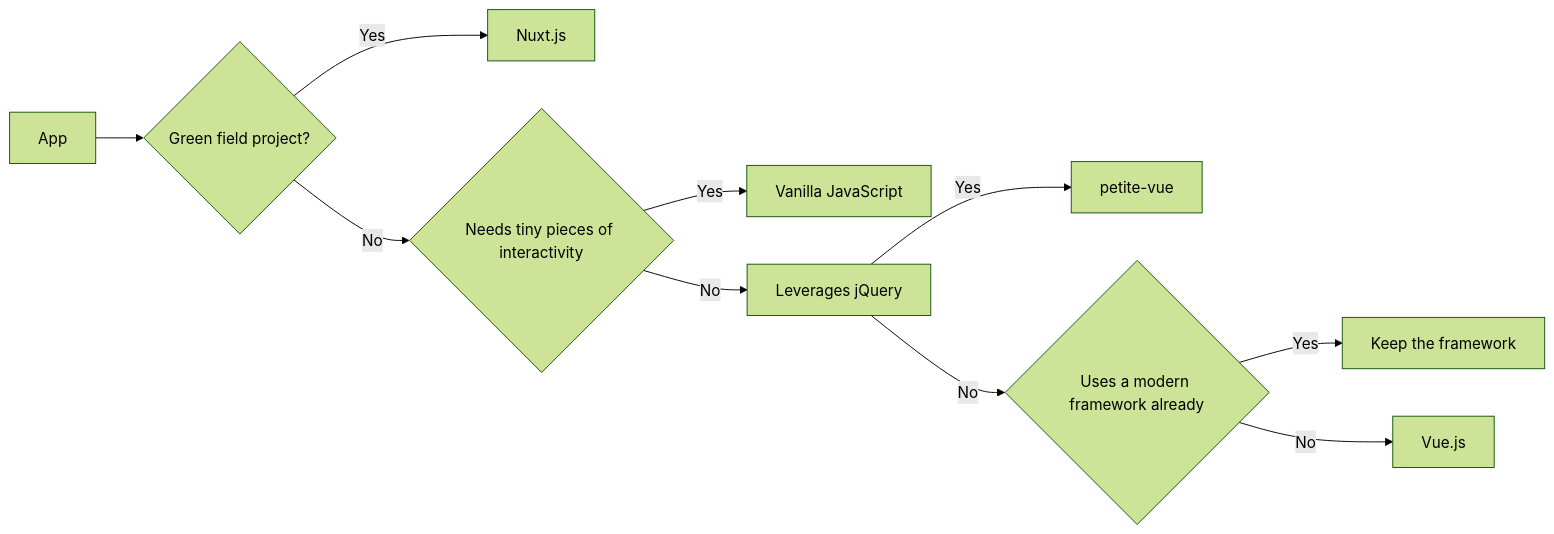
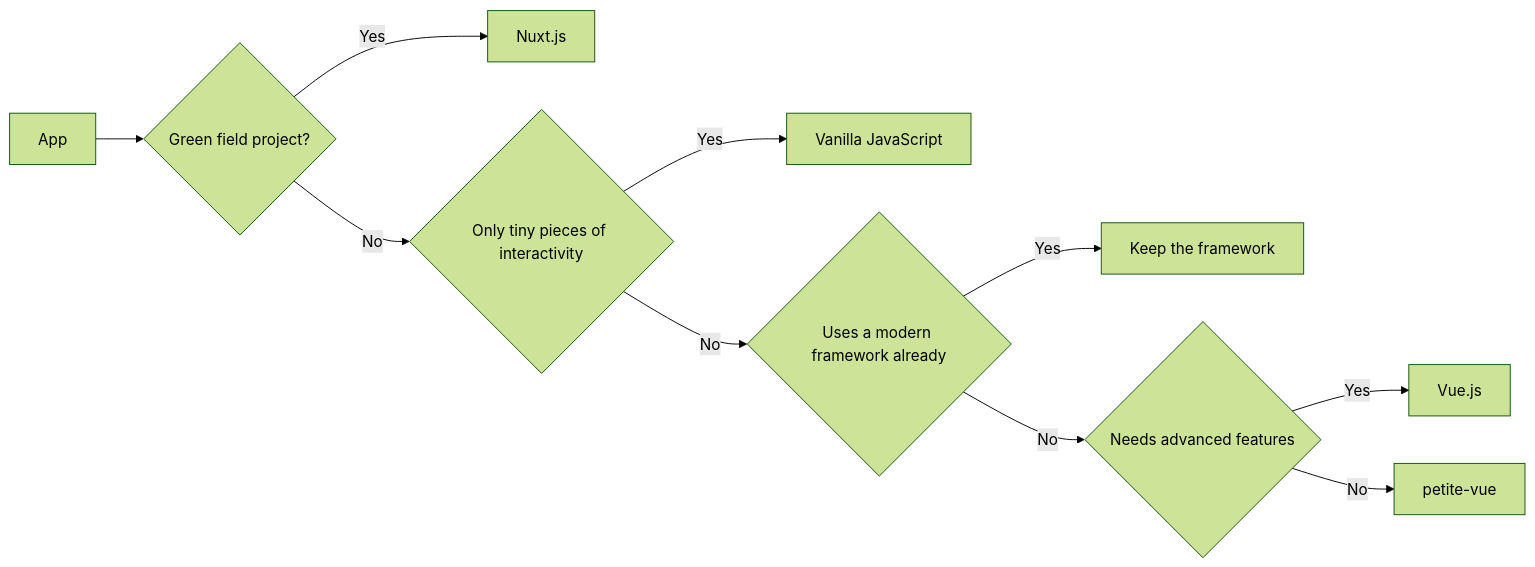
The diagram in slides/slides.md (manniL/talk-petite-vue-progressive-enhancement-vue-ams-2022), drawn with Mermaid (forest theme) before and after one commit. The commit also changed other lines of this file and 3 other files, not shown here.

````diff
--- a/slides/slides.md
+++ b/slides/slides.md
@@ -654,12 +911,12 @@
 ```mermaid
 flowchart LR
     A[App] --> B{Green field project?}
     B -->|Yes| C[Nuxt.js]
-    B -->|No| D{Needs tiny pieces of interactivity}
+    B -->|No| D{Only tiny pieces of interactivity}
     D -->|Yes| E[Vanilla JavaScript]
-    D -->|No| F[Leverages jQuery]
-    F -->|Yes| G[petite-vue]
-    F -->|No| H{Uses a modern framework already}
-    H -->|Yes| I[Keep the framework]
-    H -->|No| J[Vue.js]
+    D -->|No| F{Uses a modern framework already}
+    F -->|Yes| G[Keep the framework]
+    F -->|No| H{Needs advanced features}
+    H -->|Yes| I[Vue.js]
+    H -->|No| J[petite-vue]
 ```
````
